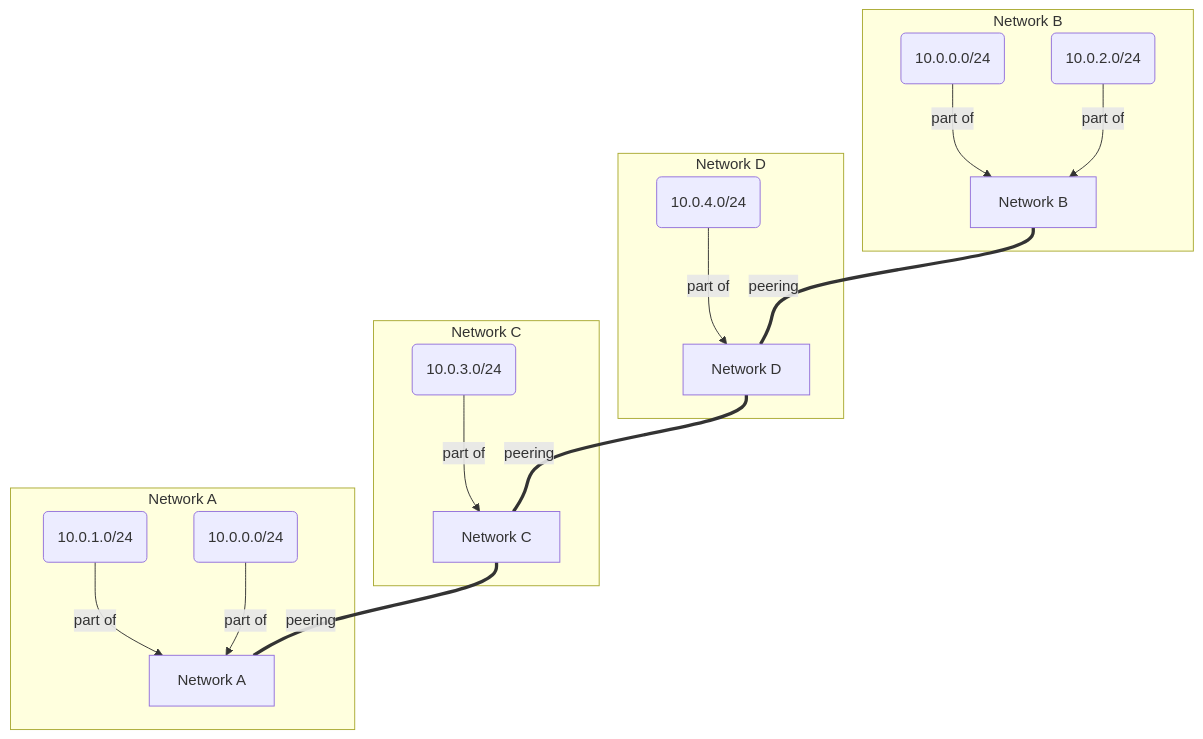
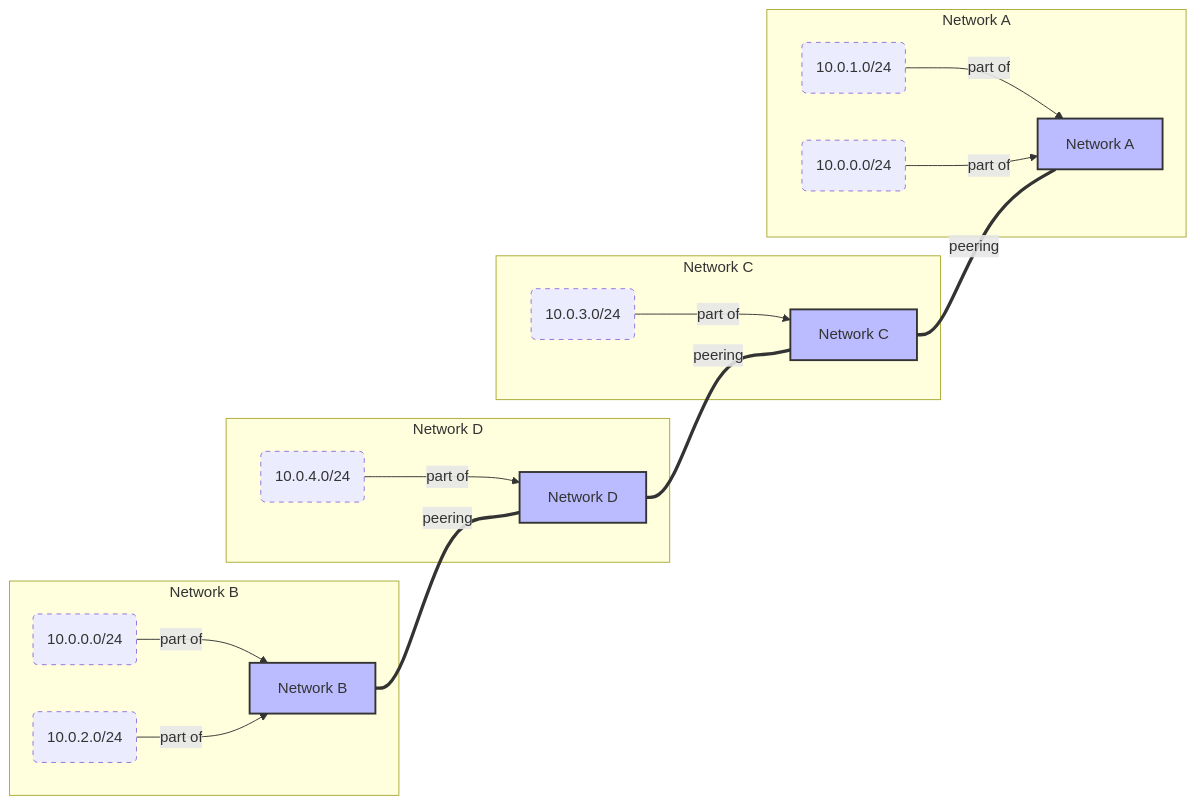
Before and after one commit to mattrussi/gitlab-com-runbooks: the third of 4 diagrams in docs/ci-runners/README.md, drawn with Mermaid. The commit also changed other lines of this file, not shown here.

First line of the commit message:
docs(ci-runners): style network diagrams

````diff
--- a/docs/ci-runners/README.md
+++ b/docs/ci-runners/README.md
@@ -218,24 +224,27 @@
 ```mermaid
-graph TD
+graph LR
+  classDef subnetwork stroke-dasharray: 5 5;
+  classDef vpc fill:#bbf,stroke:#333,stroke-width:2px;
+
   subgraph Network A
-    subnetwork_A_1("10.0.1.0/24") -->|part of| network_A["Network A"]
-    subnetwork_A_2("10.0.0.0/24") -->|part of| network_A
+    subnetwork_A_1("10.0.1.0/24"):::subnetwork -->|part of| network_A["Network A"]:::vpc
+    subnetwork_A_2("10.0.0.0/24"):::subnetwork -->|part of| network_A
   end
 
   subgraph Network B
-    subnetwork_B_2("10.0.0.0/24") -->|part of| network_B["Network B"]
-    subnetwork_B_1("10.0.2.0/24") -->|part of| network_B
+    subnetwork_B_2("10.0.0.0/24"):::subnetwork -->|part of| network_B["Network B"]:::vpc
+    subnetwork_B_1("10.0.2.0/24"):::subnetwork -->|part of| network_B
   end
 
   subgraph Network C
-    subnetwork_C_1("10.0.3.0/24") -->|part of| network_C["Network C"]
+    subnetwork_C_1("10.0.3.0/24"):::subnetwork -->|part of| network_C["Network C"]:::vpc
   end
 
   subgraph Network D
-    subnetwork_D_1("10.0.4.0/24") -->|part of| network_D["Network D"]
+    subnetwork_D_1("10.0.4.0/24"):::subnetwork -->|part of| network_D["Network D"]:::vpc
   end
 
   network_B ===|peering| network_D
   network_C ===|peering| network_A
   network_D ===|peering| network_C
 ```
````
